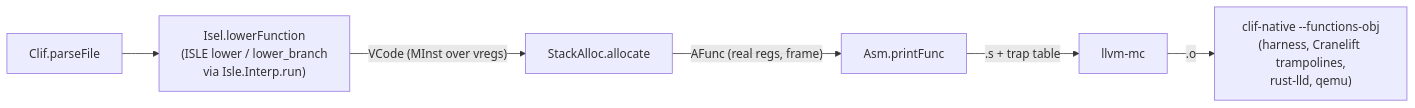
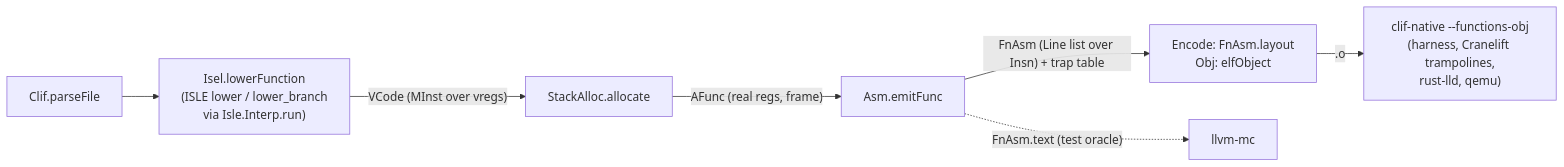
One commit to eth-act/clifv changed the diagram in docs/contracts/backend.md. Above: the diagram before and after it, drawn with Mermaid. The commit also changed other lines of this file, not shown here.

Commit message:
docs/contracts/backend.md: pipeline without assembler (Encode/Obj), commands, design choice 8, gaps

````diff
--- a/docs/contracts/backend.md
+++ b/docs/contracts/backend.md
@@ -31,8 +34,9 @@
 ```mermaid
 flowchart LR
   A["Clif.parseFile"] --> B["Isel.lowerFunction<br/>(ISLE lower / lower_branch<br/>via Isle.Interp.run)"]
   B -- "VCode (MInst over vregs)" --> C["StackAlloc.allocate"]
-  C -- "AFunc (real regs, frame)" --> D["Asm.printFunc"]
-  D -- ".s + trap table" --> E["llvm-mc"]
+  C -- "AFunc (real regs, frame)" --> D["Asm.emitFunc"]
+  D -- "FnAsm (Line list over Insn) + trap table" --> E["Encode: FnAsm.layout<br/>Obj: elfObject"]
   E -- ".o" --> F["clif-native --functions-obj<br/>(harness, Cranelift trampolines,<br/>rust-lld, qemu)"]
+  D -. "FnAsm.text (test oracle)" .-> G["llvm-mc"]
 ```
````
